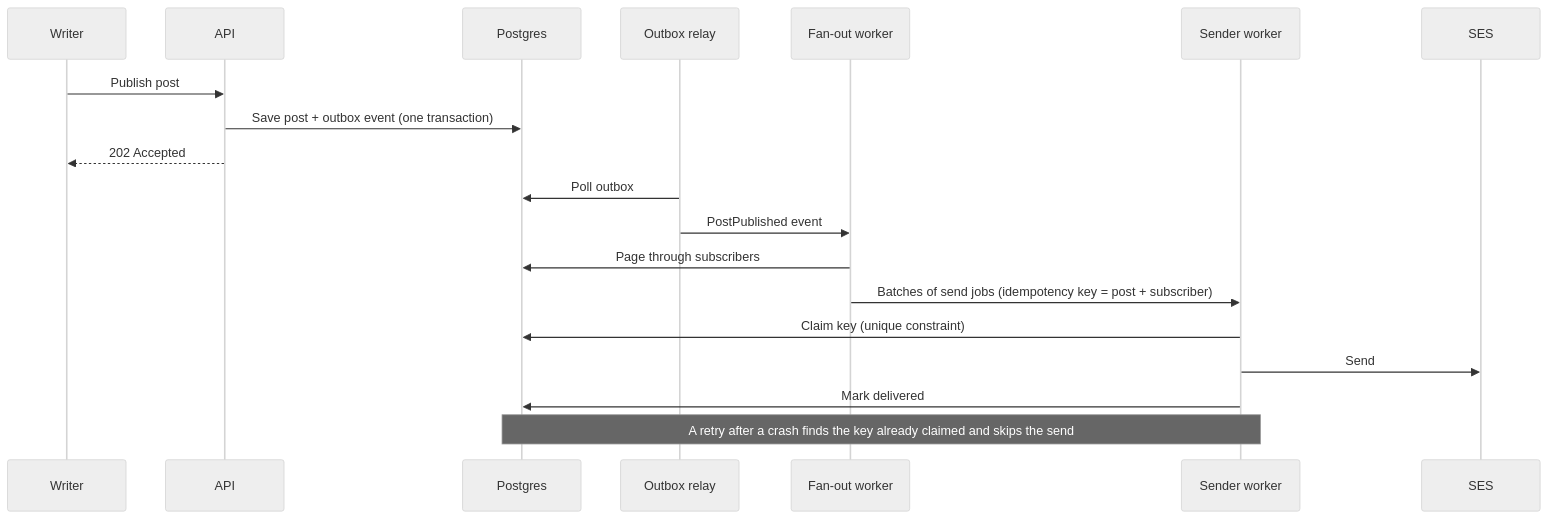
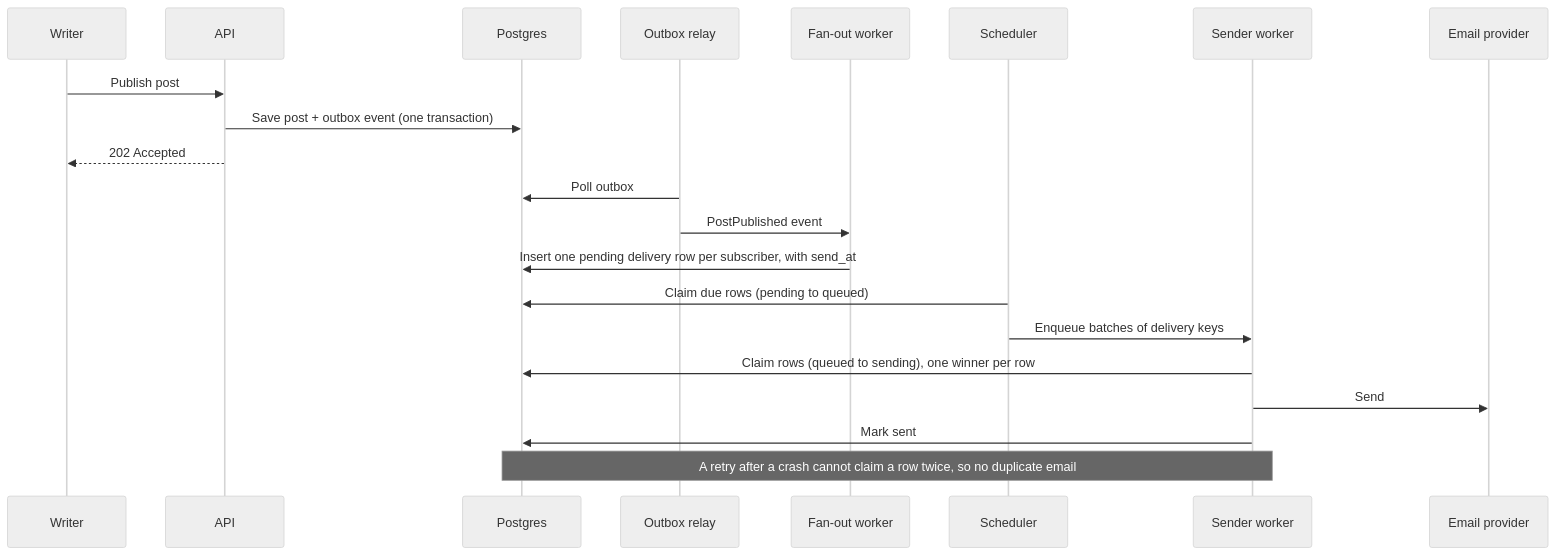
The second of 2 diagrams in README.md (Dumbsham/Vichaar), drawn with Mermaid (neutral theme) before and after one commit. The commit also changed other lines of this file and 15 other files, not shown here.

````diff
--- a/README.md
+++ b/README.md
@@ -71,22 +99,24 @@
 ```mermaid
 sequenceDiagram
     participant W as Writer
     participant API as API
     participant DB as Postgres
     participant R as Outbox relay
     participant F as Fan-out worker
+    participant SC as Scheduler
     participant S as Sender worker
-    participant SES as SES
+    participant P as Email provider
 
     W->>API: Publish post
     API->>DB: Save post + outbox event (one transaction)
     API-->>W: 202 Accepted
     R->>DB: Poll outbox
     R->>F: PostPublished event
-    F->>DB: Page through subscribers
-    F->>S: Batches of send jobs (idempotency key = post + subscriber)
-    S->>DB: Claim key (unique constraint)
-    S->>SES: Send
-    S->>DB: Mark delivered
-    Note over S,DB: A retry after a crash finds the key already claimed and skips the send
+    F->>DB: Insert one pending delivery row per subscriber, with send_at
+    SC->>DB: Claim due rows (pending to queued)
+    SC->>S: Enqueue batches of delivery keys
+    S->>DB: Claim rows (queued to sending), one winner per row
+    S->>P: Send
+    S->>DB: Mark sent
+    Note over S,DB: A retry after a crash cannot claim a row twice, so no duplicate email
 ```
````
